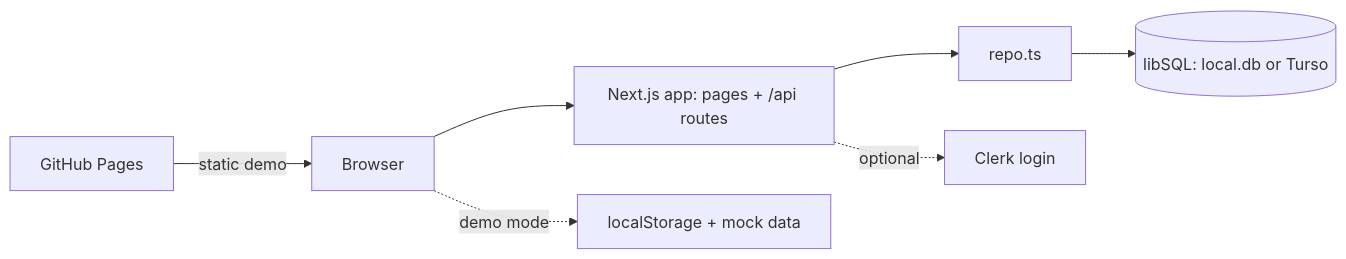
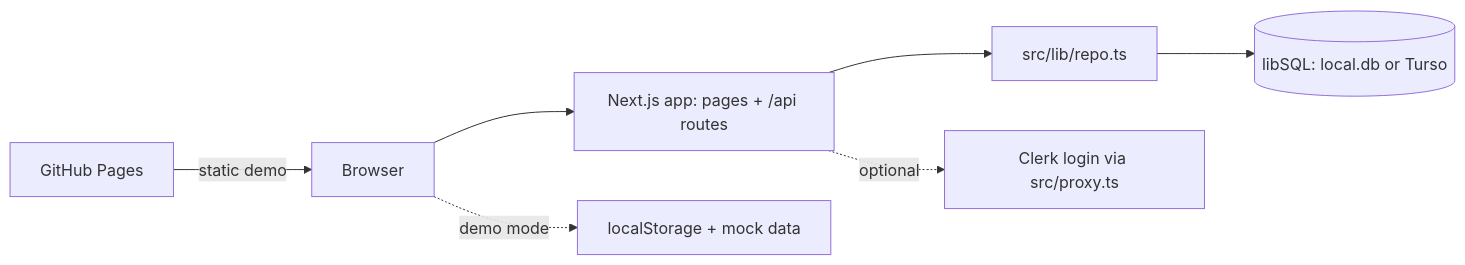
The second of 3 diagrams in README.md (reddypranith80-max/ghost-ai), drawn with Mermaid before and after one commit. The commit also changed other lines of this file and 9 other files, not shown here.

````diff
--- a/README.md
+++ b/README.md
@@ -49,8 +200,8 @@
 ```mermaid
 flowchart LR
   U["Browser"] --> W["Next.js app: pages + /api routes"]
-  W --> R["repo.ts"] --> D[("libSQL: local.db or Turso")]
-  W -. optional .-> C["Clerk login"]
+  W --> R["src/lib/repo.ts"] --> D[("libSQL: local.db or Turso")]
+  W -. optional .-> C["Clerk login via src/proxy.ts"]
   U -. demo mode .-> M["localStorage + mock data"]
   GH["GitHub Pages"] -->|static demo| U
 ```
````
